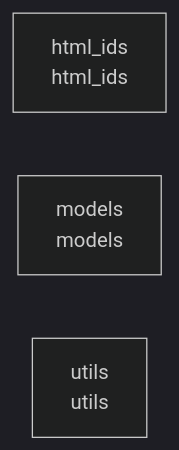
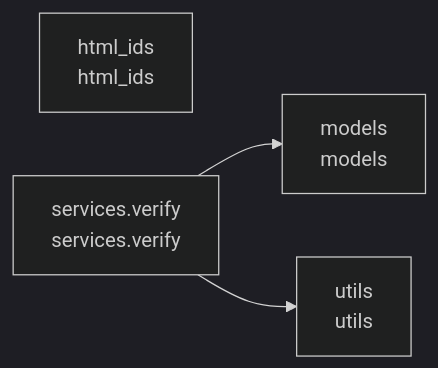
One commit to cj-mills/cjm-transcript-verify changed the diagram in README.md. Above: the diagram before and after it, drawn with Mermaid (dark theme). The commit also changed other lines of this file and 6 other files, not shown here.

Commit message:
Add VerifyService with graph queries, integrity checks, and sample segment extraction for Phase 2.

````diff
--- a/README.md
+++ b/README.md
@@ -23,6 +25,10 @@
 ``` mermaid
 graph LR
     html_ids[html_ids<br/>html_ids]
     models[models<br/>models]
+    services_verify[services.verify<br/>services.verify]
     utils[utils<br/>utils]
+
+    services_verify --> models
+    services_verify --> utils
 ```
````
